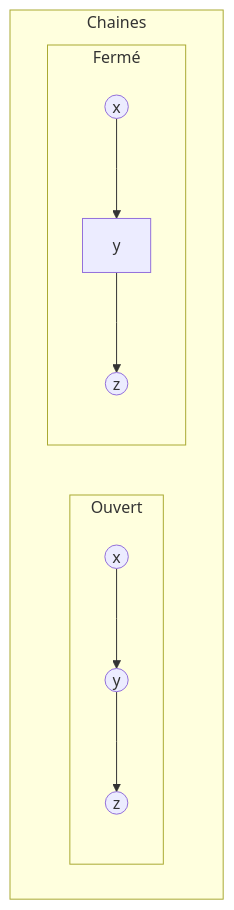
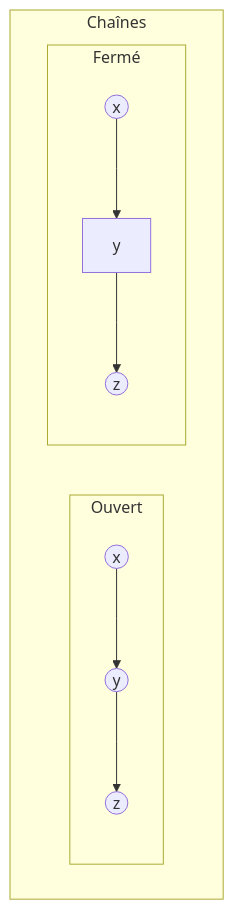
One commit to laurenceomfoisy/laurenceoliviermfoisy changed diagram 29 of 39 in presentation_goa/index.qmd. Above: the diagram before and after it, drawn with Mermaid. The commit also changed other lines of this file and 1 other file, not shown here.

````diff
--- a/presentation_goa/index.qmd
+++ b/presentation_goa/index.qmd
@@ -413,19 +474,19 @@
 ```{mermaid}
 
 %%{init: {'flowchart' : {'curve' : 'linear'}}}%%
 
 flowchart TD;
-subgraph Chaines
+subgraph Chaînes
 
     subgraph Ouvert
     x2((x)) --> y2((y));
     y2 --> z2((z));
     end
 
     subgraph Fermé
     x5((x)) --> y5[y];
     y5 --> z5((z));
     end
 
     end
 ```
````
